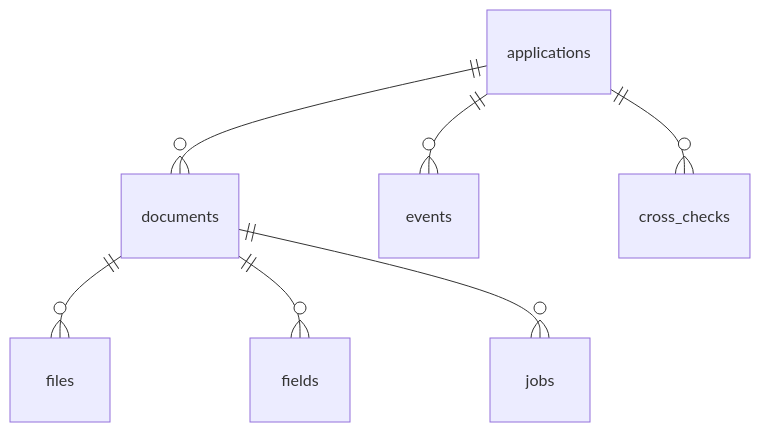
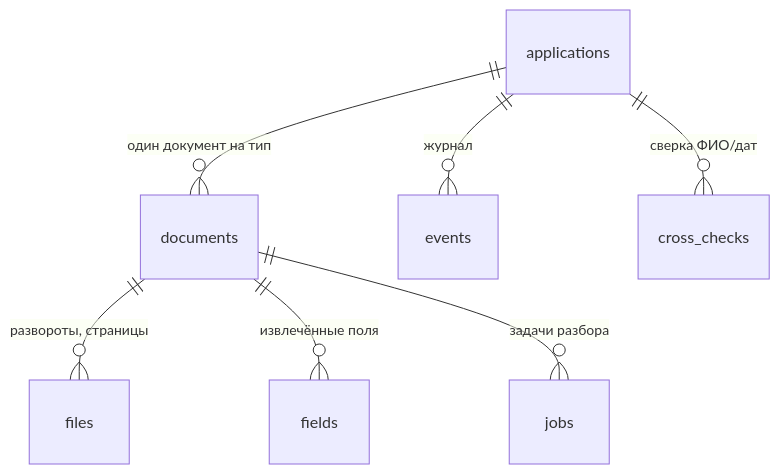
The second of 2 diagrams in docs/SCHEMA.md (Kiboiko/document_analyzer_sber), drawn with Mermaid before and after one commit. The commit also changed other lines of this file, not shown here.

Commit message:
docs: move the solution diagram into docs/SCHEMA.md and explain the data model

````diff
--- a/docs/SCHEMA.md
+++ b/docs/SCHEMA.md
@@ -8,9 +56,9 @@
 ```mermaid
 erDiagram
-  applications ||--o{ documents : ""
-  applications ||--o{ events : ""
-  applications ||--o{ cross_checks : ""
-  documents ||--o{ files : ""
-  documents ||--o{ fields : ""
-  documents ||--o{ jobs : ""
+  applications ||--o{ documents : "один документ на тип"
+  applications ||--o{ events : "журнал"
+  applications ||--o{ cross_checks : "сверка ФИО/дат"
+  documents ||--o{ files : "развороты, страницы"
+  documents ||--o{ fields : "извлечённые поля"
+  documents ||--o{ jobs : "задачи разбора"
 ```
````
